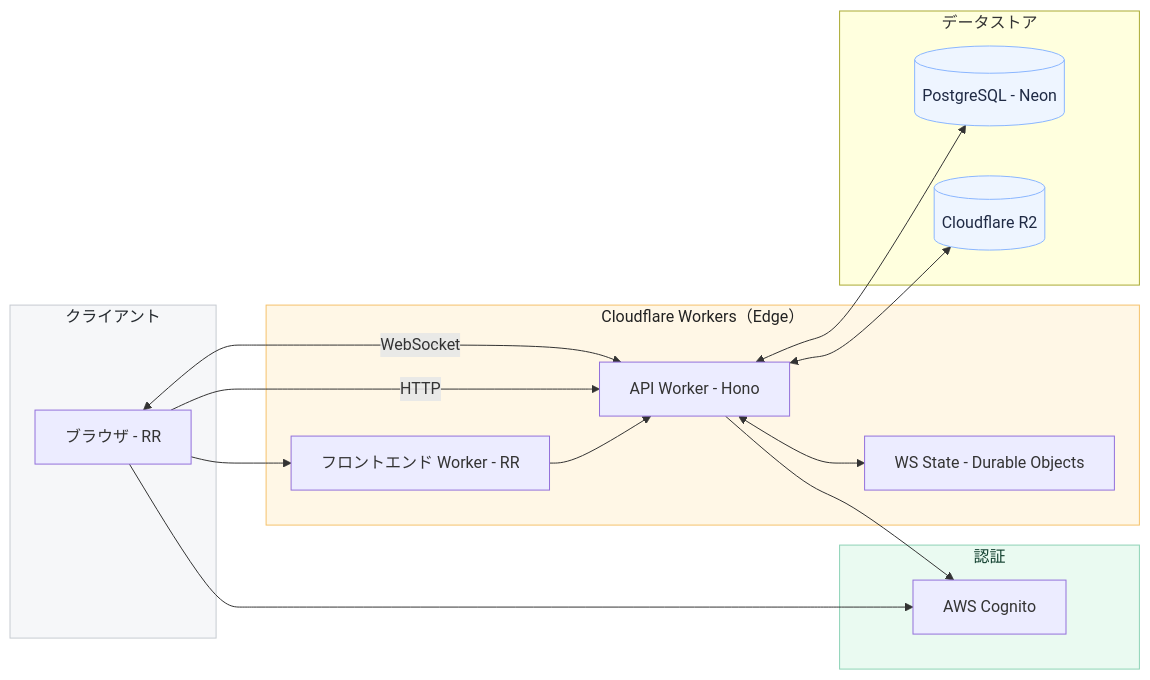
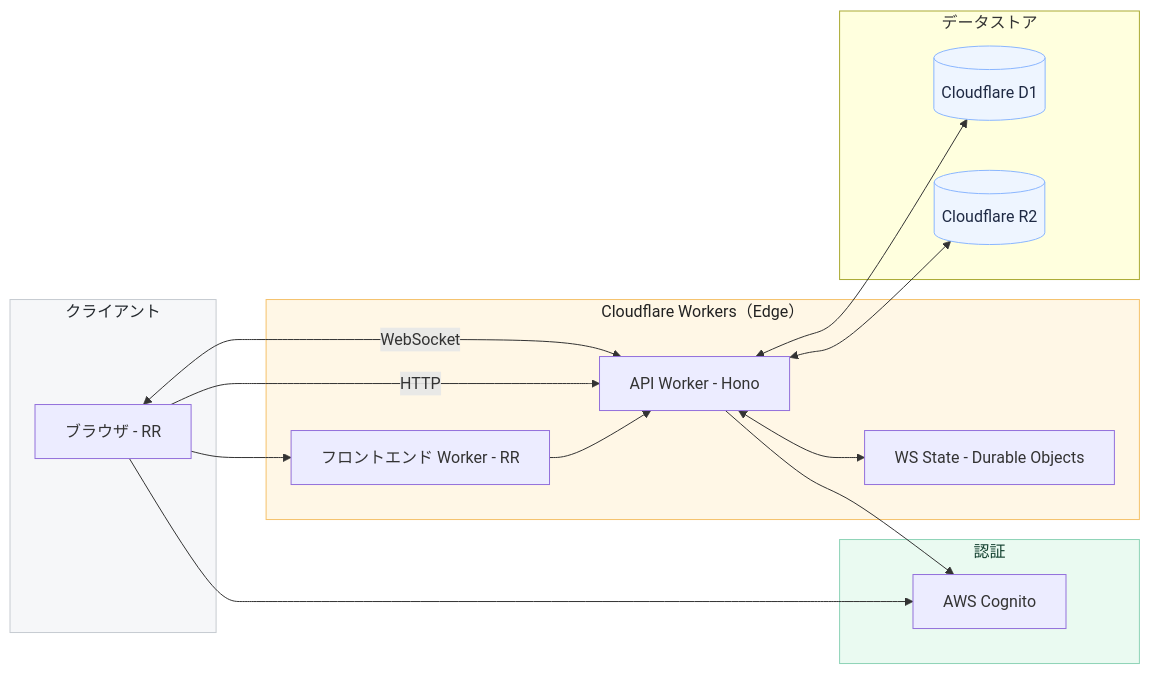
One commit to sendo-kakeru/omojan changed the diagram in docs/architecture.md. Above: the diagram before and after it, drawn with Mermaid. The commit also changed other lines of this file and 30 other files, not shown here.

````diff
--- a/docs/architecture.md
+++ b/docs/architecture.md
@@ -14,51 +13,50 @@
 ```mermaid
 flowchart LR
   %% ===== Clients =====
   subgraph CLIENT["クライアント"]
     Browser["ブラウザ - RR"]
   end
 
   %% ===== Edge / App Layer =====
   subgraph EDGE["Cloudflare Workers（Edge）"]
     FE["フロントエンド Worker - RR"]
     API["API Worker - Hono"]
     DO["WS State - Durable Objects"]
   end
 
   %% ===== Auth =====
   subgraph AUTH["認証"]
     Cognito["AWS Cognito"]
   end
 
   %% ===== Data Stores =====
   subgraph DATA["データストア"]
-    PG[(PostgreSQL - Neon)]
+    D1[(Cloudflare D1)]
     R2[(Cloudflare R2)]
   end
 
   %% ===== Flows =====
   FE --> API
   API <--> DO
 
   Browser --> FE
   Browser -->|HTTP| API
   Browser <-->|WebSocket| API
 
   Browser --> Cognito
 
   API --> Cognito
 
-  API <--> PG
+  API <--> D1
   API <--> R2
 
   %% ===== Styles =====
   classDef dim fill:#f6f7f9,stroke:#c6cbd1,color:#24292e;
   classDef edge fill:#fff7e6,stroke:#f5c26b,color:#222;
   classDef store fill:#eef5ff,stroke:#8ab6ff,color:#1f2a44;
   classDef auth fill:#eafaf1,stroke:#8dd3b6,color:#113f2e;
   class CLIENT dim;
   class EDGE edge;
   class AUTH auth;
-  class PG,R2 store;
-
+  class D1,R2 store;
 ```
````
